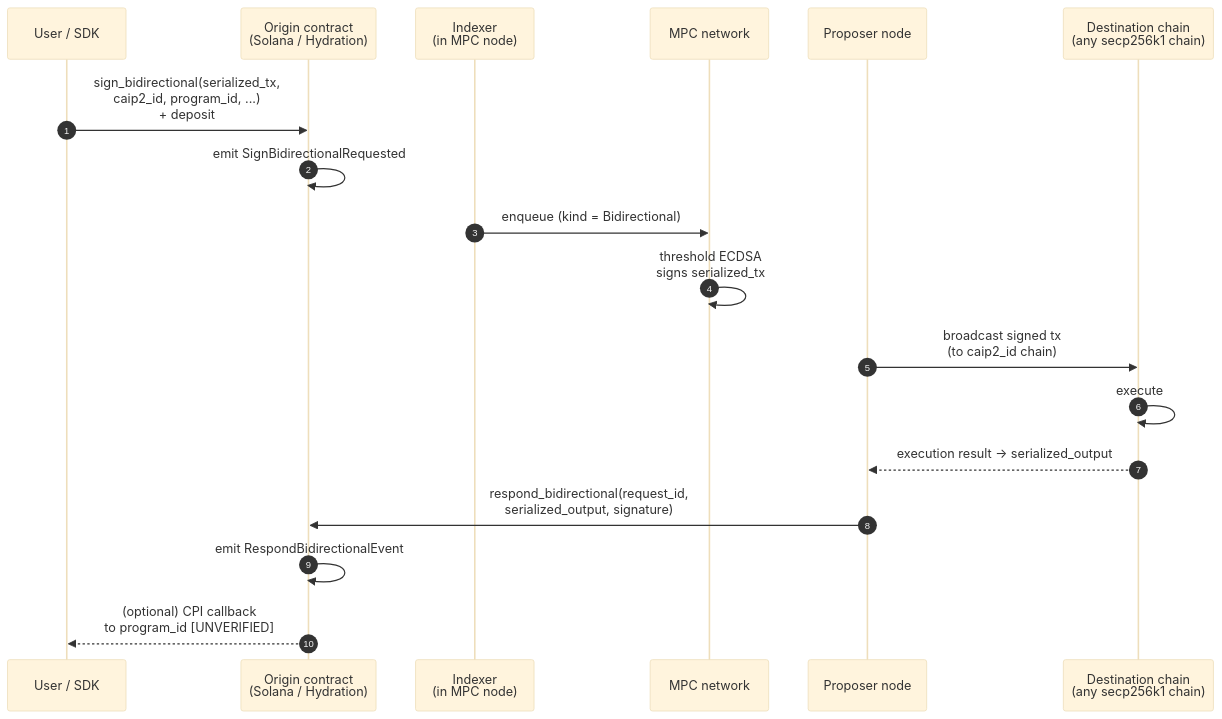
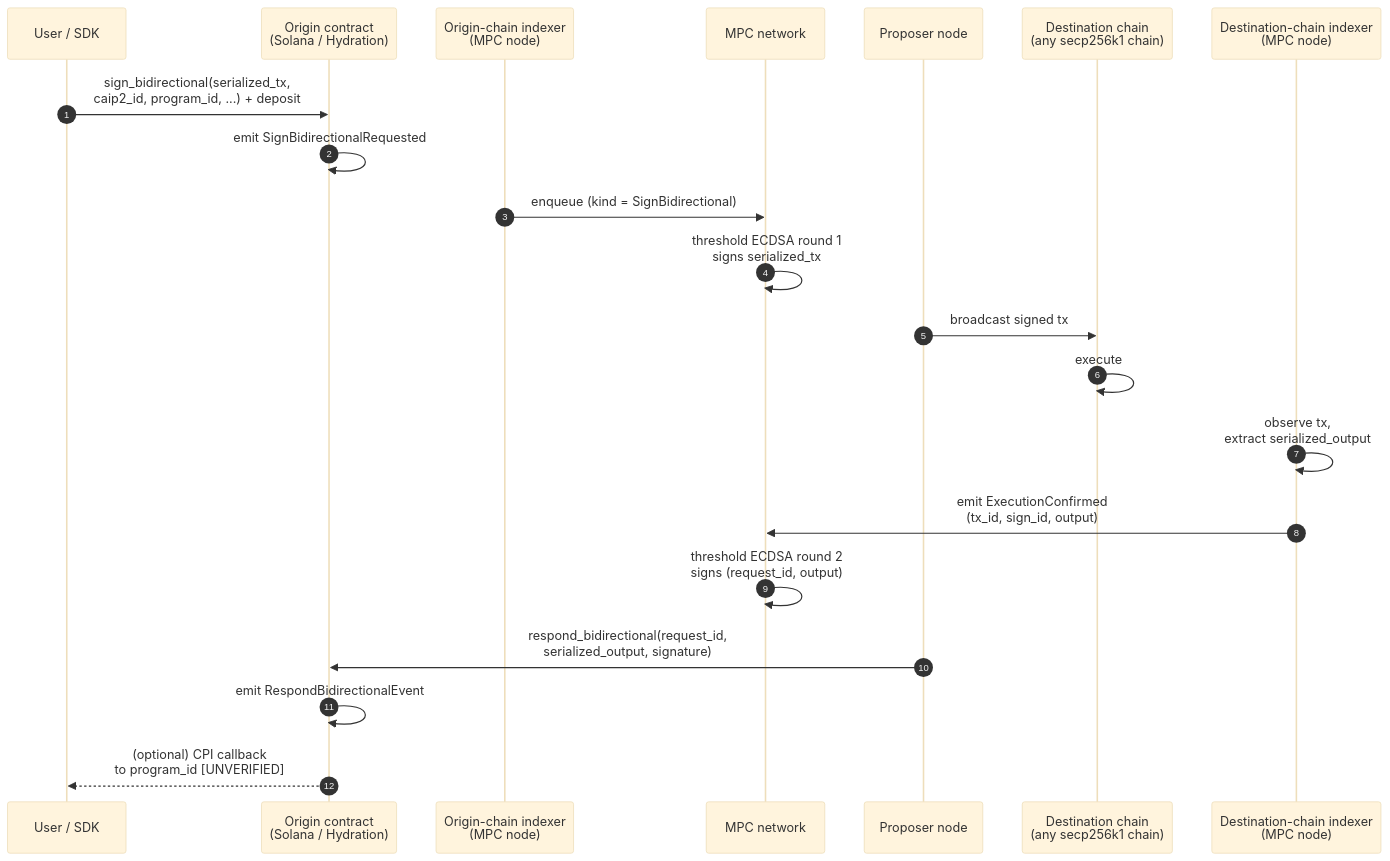
The third of 3 diagrams in doc/onboarding/02-architecture.md (BRBussy/mpc), drawn with Mermaid (base theme) before and after one commit. The commit also changed other lines of this file and 4 other files, not shown here.

First line of the commit message:
doc: add potential-risks section, correct Flow C diagram

````diff
--- a/doc/onboarding/02-architecture.md
+++ b/doc/onboarding/02-architecture.md
@@ -95,21 +95,24 @@
 ```mermaid
 sequenceDiagram
     autonumber
     participant U as User / SDK
     participant OC as Origin contract<br/>(Solana / Hydration)
-    participant IDX as Indexer<br/>(in MPC node)
+    participant OIDX as Origin-chain indexer<br/>(MPC node)
     participant NET as MPC network
     participant PR as Proposer node
     participant DC as Destination chain<br/>(any secp256k1 chain)
+    participant DIDX as Destination-chain indexer<br/>(MPC node)
 
-    U->>OC: sign_bidirectional(serialized_tx,<br/>caip2_id, program_id, ...)<br/>+ deposit
+    U->>OC: sign_bidirectional(serialized_tx,<br/>caip2_id, program_id, ...) + deposit
     OC->>OC: emit SignBidirectionalRequested
-    IDX->>NET: enqueue (kind = Bidirectional)
-    NET->>NET: threshold ECDSA<br/>signs serialized_tx
-    PR->>DC: broadcast signed tx<br/>(to caip2_id chain)
+    OIDX->>NET: enqueue (kind = SignBidirectional)
+    NET->>NET: threshold ECDSA round 1<br/>signs serialized_tx
+    PR->>DC: broadcast signed tx
     DC->>DC: execute
-    DC-->>PR: execution result -> serialized_output
+    DIDX->>DIDX: observe tx,<br/>extract serialized_output
+    DIDX->>NET: emit ExecutionConfirmed<br/>(tx_id, sign_id, output)
+    NET->>NET: threshold ECDSA round 2<br/>signs (request_id, output)
     PR->>OC: respond_bidirectional(request_id,<br/>serialized_output, signature)
     OC->>OC: emit RespondBidirectionalEvent
     OC-->>U: (optional) CPI callback<br/>to program_id [UNVERIFIED]
 ```
````
